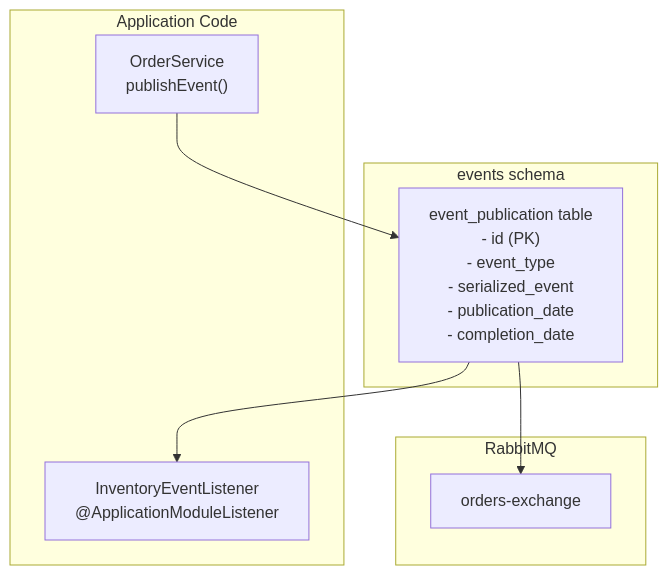
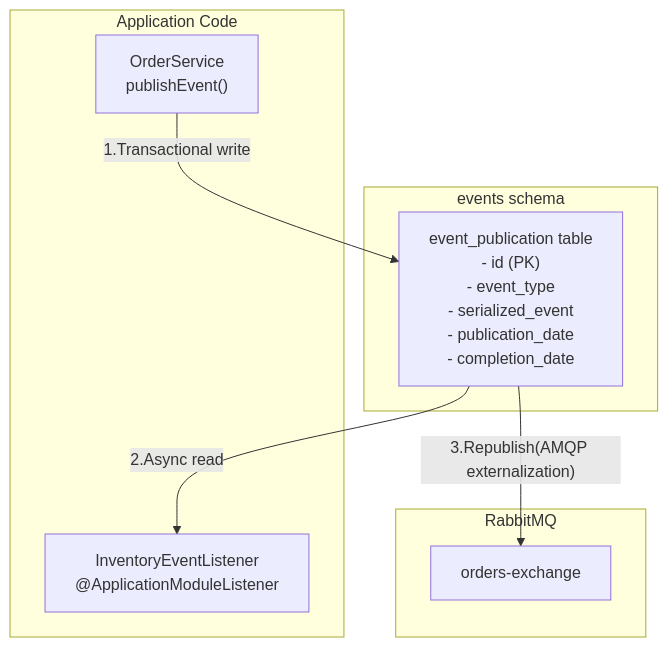
Before and after one commit to philipz/spring-modular-monolith: the fifth of 6 diagrams in docs/deepwiki/Database-Schema-Organization.md, drawn with Mermaid. The commit also changed other lines of this file and 55 other files, not shown here.

````diff
--- a/docs/deepwiki/Database-Schema-Organization.md
+++ b/docs/deepwiki/Database-Schema-Organization.md
@@ -280,25 +280,25 @@
 ```mermaid
 flowchart TD
 
 OrderService["OrderService<br>publishEvent()"]
 InventoryListener["InventoryEventListener<br>@ApplicationModuleListener"]
 EventPubTable["event_publication table<br>- id (PK)<br>- event_type<br>- serialized_event<br>- publication_date<br>- completion_date"]
 OrdersExchange["orders-exchange"]
 
-OrderService --> EventPubTable
-EventPubTable --> InventoryListener
-EventPubTable --> OrdersExchange
+OrderService -->|"1.Transactional write"| EventPubTable
+EventPubTable -->|"2.Async read"| InventoryListener
+EventPubTable -->|"3.Republish(AMQP externalization)"| OrdersExchange
 
 subgraph RabbitMQ ["RabbitMQ"]
     OrdersExchange
 end
 
 subgraph subGraph1 ["events schema"]
     EventPubTable
 end
 
 subgraph subGraph0 ["Application Code"]
     OrderService
     InventoryListener
 end
 ```
````
